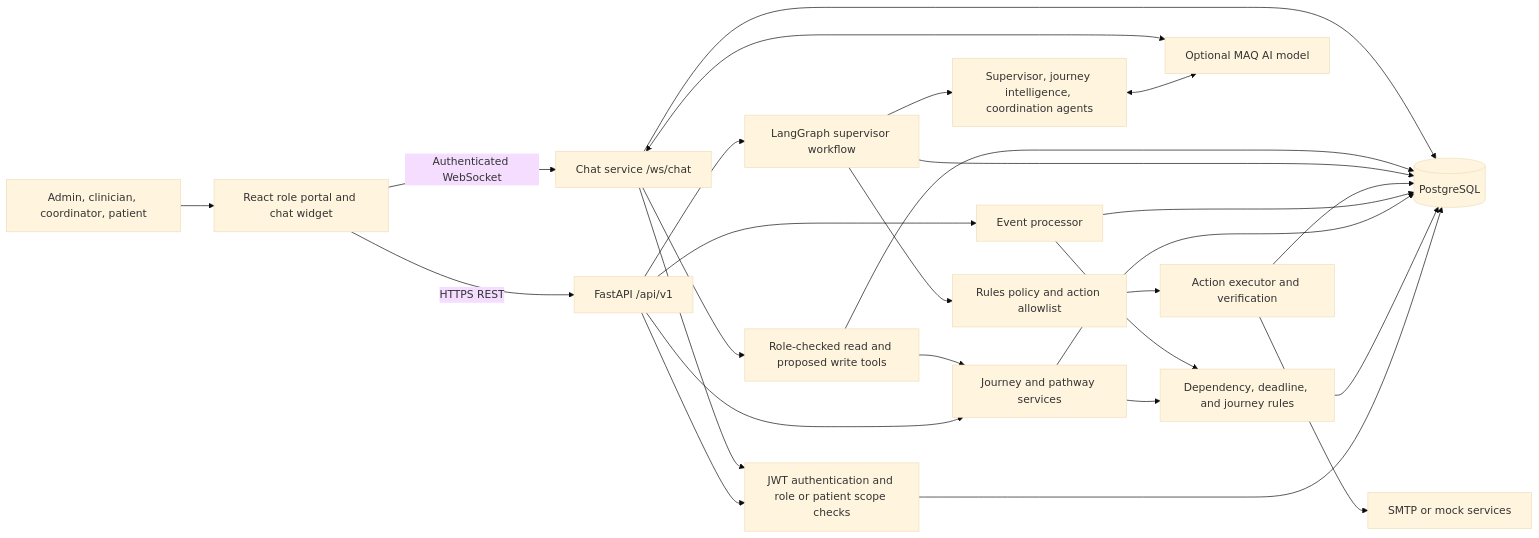
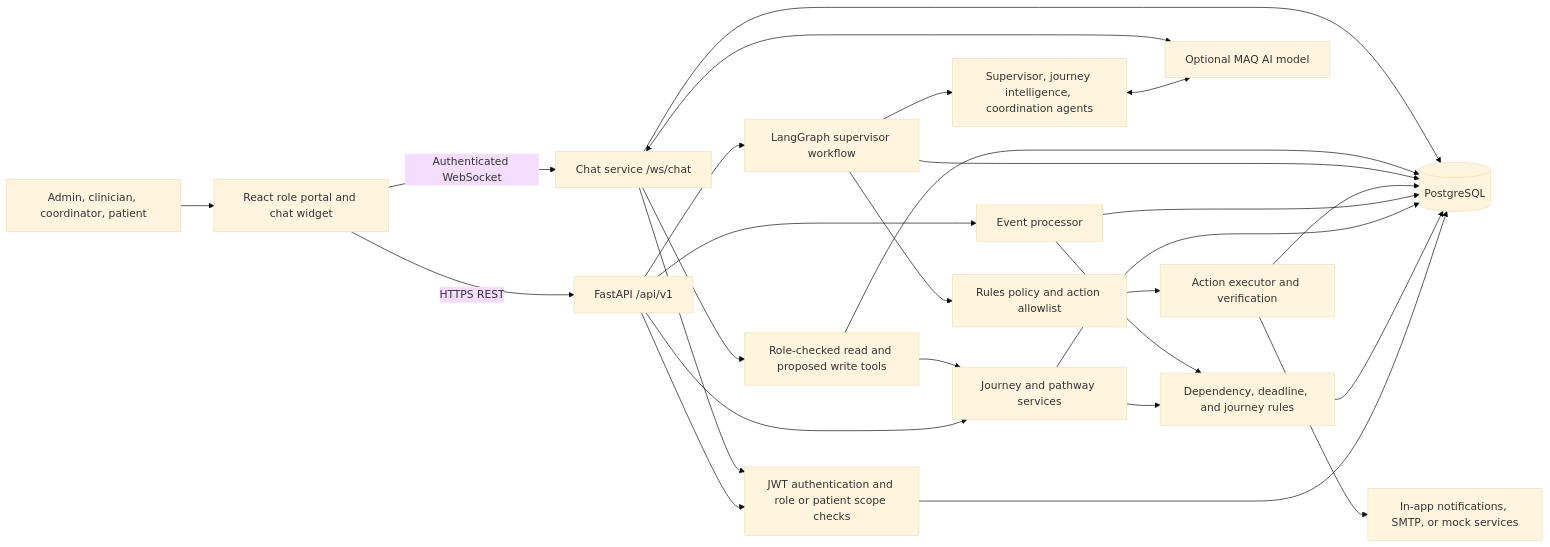
The first of 2 diagrams in PROJECT_OVERVIEW.md (Vanshdiyora/Patient-Journey-Agent), drawn with Mermaid (base theme) before and after one commit. The commit also changed other lines of this file and 18 other files, not shown here.

````diff
--- a/PROJECT_OVERVIEW.md
+++ b/PROJECT_OVERVIEW.md
@@ -22,32 +22,32 @@
 ```mermaid
 flowchart LR
     People[Admin, clinician, coordinator, patient] --> UI[React role portal and chat widget]
     UI -->|HTTPS REST| API[FastAPI /api/v1]
     UI -->|Authenticated WebSocket| Chat[Chat service /ws/chat]
     API --> Auth[JWT authentication and role or patient scope checks]
     Chat --> Auth
     Auth --> DB[(PostgreSQL)]
 
     API --> Journey[Journey and pathway services]
     API --> Events[Event processor]
     API --> Graph[LangGraph supervisor workflow]
     Journey --> Rules[Dependency, deadline, and journey rules]
     Events --> Rules
     Rules --> DB
     Journey --> DB
     Events --> DB
 
     Graph --> Agents[Supervisor, journey intelligence, coordination agents]
     Agents <--> Model[Optional MAQ AI model]
     Graph --> Policy[Rules policy and action allowlist]
     Policy --> Executor[Action executor and verification]
-    Executor --> Delivery[SMTP or mock services]
+    Executor --> Delivery[In-app notifications, SMTP, or mock services]
     Executor --> DB
     Graph --> DB
 
     Chat <--> Model
     Chat --> ChatTools[Role-checked read and proposed write tools]
     ChatTools --> Journey
     ChatTools --> DB
     Chat --> DB
 ```
````
